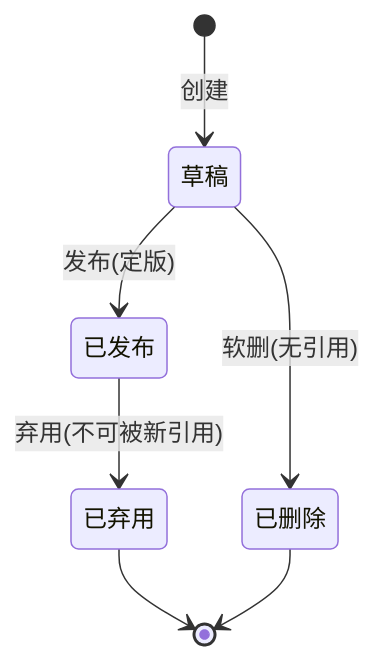
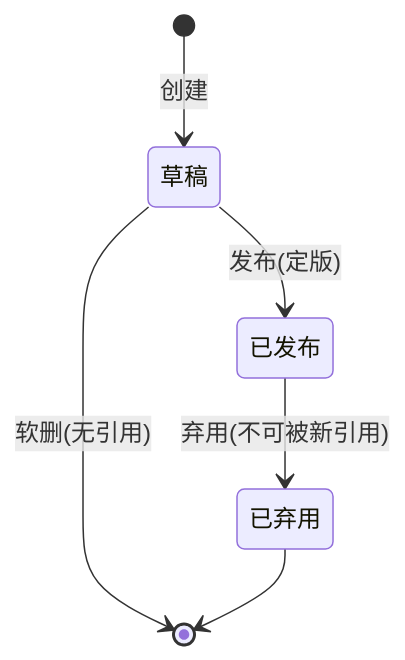
One commit to menghuishisan/CHAIMIR changed the second of 7 diagrams in docs/05-题库与模板中心/05-业务流程与状态机.md. Above: the diagram before and after it, drawn with Mermaid. The commit also changed other lines of this file and 340 other files, not shown here.

````diff
--- a/docs/05-题库与模板中心/05-业务流程与状态机.md
+++ b/docs/05-题库与模板中心/05-业务流程与状态机.md
@@ -25,9 +25,8 @@
 ```mermaid
 stateDiagram-v2
     [*] --> 草稿: 创建
     草稿 --> 已发布: 发布(定版)
     已发布 --> 已弃用: 弃用(不可被新引用)
-    草稿 --> 已删除: 软删(无引用)
+    草稿 --> [*]: 软删(无引用)
     已弃用 --> [*]
-    已删除 --> [*]
 ```
````
